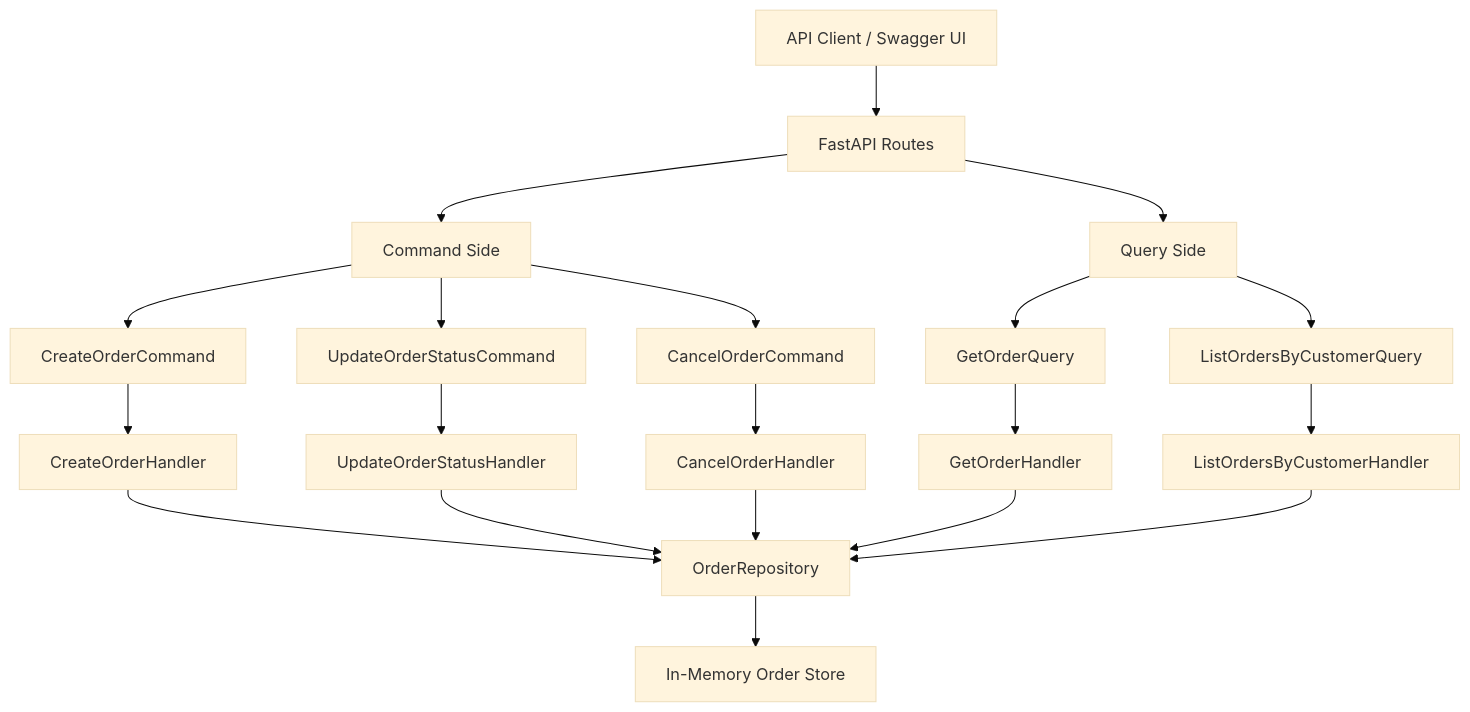
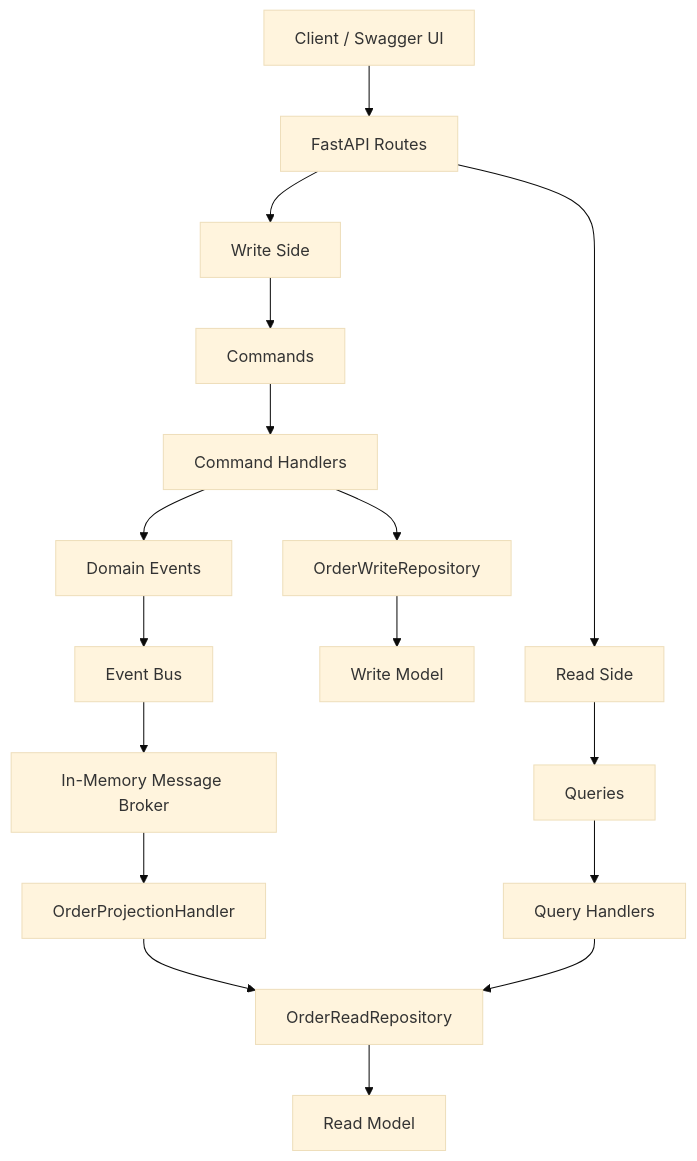
The first of 2 diagrams in README.md (simran1devloper/CQRS_Pattern), drawn with Mermaid (base theme) before and after one commit. The commit also changed other lines of this file and 24 other files, not shown here.

````diff
--- a/README.md
+++ b/README.md
@@ -32,32 +32,27 @@
 ```mermaid
 flowchart TD
-    Client[API Client / Swagger UI]
+    Client[Client / Swagger UI]
     API[FastAPI Routes]
 
     Client --> API
 
-    API --> CommandSide[Command Side]
-    API --> QuerySide[Query Side]
+    API --> WriteSide[Write Side]
+    API --> ReadSide[Read Side]
 
-    CommandSide --> CreateCommand[CreateOrderCommand]
-    CommandSide --> UpdateCommand[UpdateOrderStatusCommand]
-    CommandSide --> CancelCommand[CancelOrderCommand]
+    WriteSide --> Commands[Commands]
+    Commands --> CommandHandlers[Command Handlers]
+    CommandHandlers --> WriteRepo[OrderWriteRepository]
+    WriteRepo --> WriteStore[Write Model]
 
-    CreateCommand --> CreateHandler[CreateOrderHandler]
-    UpdateCommand --> UpdateHandler[UpdateOrderStatusHandler]
-    CancelCommand --> CancelHandler[CancelOrderHandler]
+    CommandHandlers --> Events[Domain Events]
+    Events --> EventBus[Event Bus]
+    EventBus --> Broker[In-Memory Message Broker]
 
-    QuerySide --> GetQuery[GetOrderQuery]
-    QuerySide --> ListQuery[ListOrdersByCustomerQuery]
+    Broker --> ProjectionHandler[OrderProjectionHandler]
+    ProjectionHandler --> ReadRepo[OrderReadRepository]
+    ReadRepo --> ReadStore[Read Model]
 
-    GetQuery --> GetHandler[GetOrderHandler]
-    ListQuery --> ListHandler[ListOrdersByCustomerHandler]
-
-    CreateHandler --> Repository[OrderRepository]
-    UpdateHandler --> Repository
-    CancelHandler --> Repository
-    GetHandler --> Repository
-    ListHandler --> Repository
-
-    Repository --> Store[In-Memory Order Store]
+    ReadSide --> Queries[Queries]
+    Queries --> QueryHandlers[Query Handlers]
+    QueryHandlers --> ReadRepo
 ```
````
